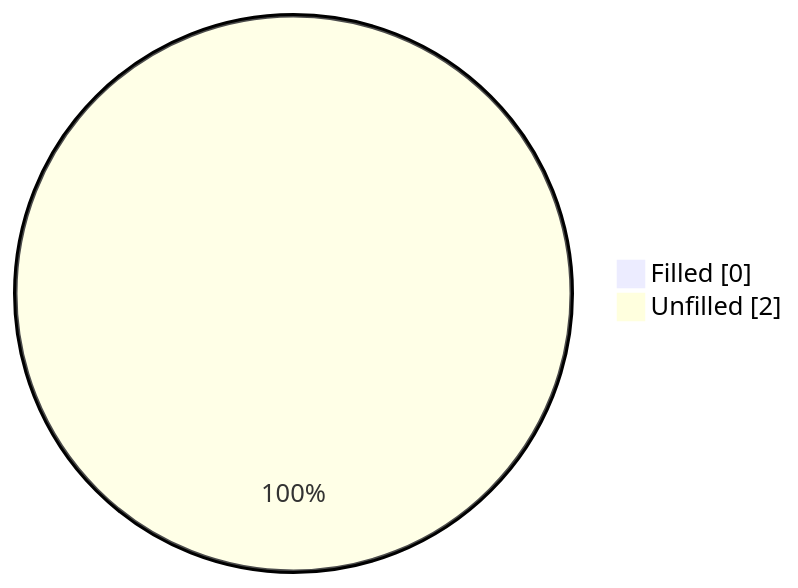
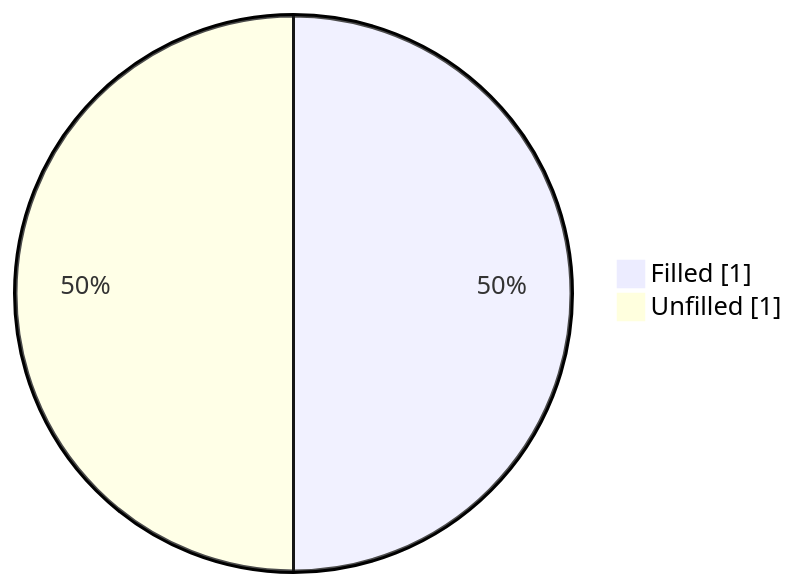
The first of 2 diagrams in workspace/subaru/outback-2026/ivi/published/audio/README.md (Chieko-Y/my-spec-generator), drawn with Mermaid before and after one commit. The commit also changed other lines of this file and 252 other files, not shown here.

````diff
--- a/workspace/subaru/outback-2026/ivi/published/audio/README.md
+++ b/workspace/subaru/outback-2026/ivi/published/audio/README.md
@@ -22,5 +22,5 @@
 ```mermaid
 pie showData
-    "Filled" : 0
-    "Unfilled" : 2
+    "Filled" : 1
+    "Unfilled" : 1
 ```
````
